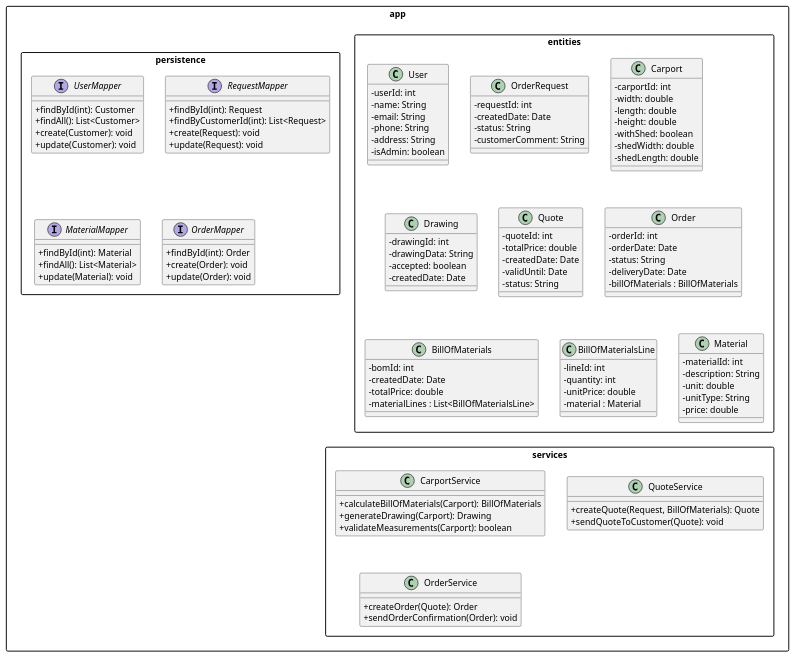
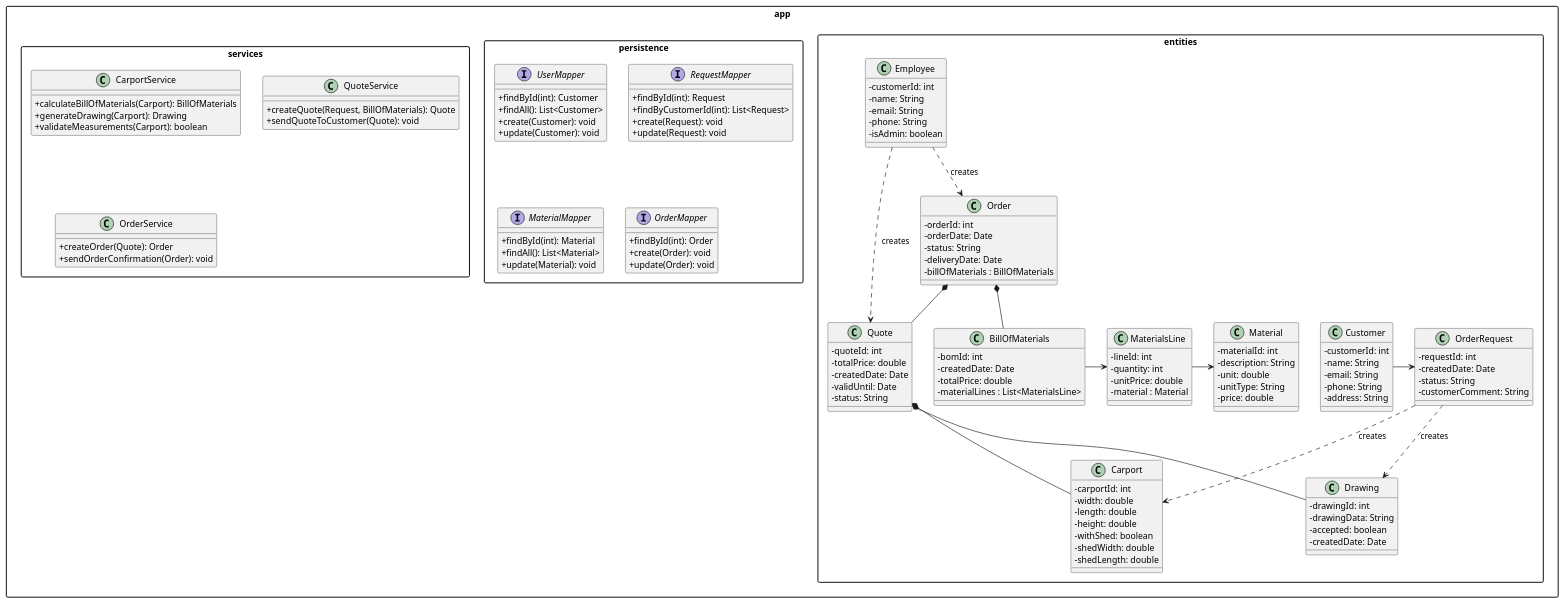
One commit to Obliwobbi/FogCarport changed the diagram in docs/domain-model.puml. Above: the diagram before and after it, drawn with PlantUML.

Commit message:
finilizad domain model

```diff
--- a/docs/domain-model.puml
+++ b/docs/domain-model.puml
@@ -1,126 +1,145 @@
 @startuml Domain Model
 skinparam classAttributeIconSize 0
 skinparam packageStyle rectangle
 
 package "app.entities" {
-    class User {
-        - userId: int
+    class Customer {
+        - customerId: int
         - name: String
         - email: String
         - phone: String
         - address: String
-        - isAdmin: boolean
+    }
+
+    class Employee {
+            - customerId: int
+            - name: String
+            - email: String
+            - phone: String
+            - isAdmin: boolean
     }
 
     class OrderRequest {
         - requestId: int
         - createdDate: Date
         - status: String
         - customerComment: String
     }
 
     class Carport {
         - carportId: int
         - width: double
         - length: double
         - height: double
         - withShed: boolean
         - shedWidth: double
         - shedLength: double
     }
 
     class Drawing {
         - drawingId: int
         - drawingData: String
         - accepted: boolean
         - createdDate: Date
     }
 
     class Quote {
         - quoteId: int
         - totalPrice: double
         - createdDate: Date
         - validUntil: Date
         - status: String
     }
 
     class Order {
         - orderId: int
         - orderDate: Date
         - status: String
         - deliveryDate: Date
         - billOfMaterials : BillOfMaterials
     }
 
     class BillOfMaterials {
         - bomId: int
         - createdDate: Date
         - totalPrice: double
-        - materialLines : List<BillOfMaterialsLine>
+        - materialLines : List<MaterialsLine>
     }
 
-    class BillOfMaterialsLine {
+    class MaterialsLine {
         - lineId: int
         - quantity: int
         - unitPrice: double
         - material : Material
     }
 
     class Material {
         - materialId: int
         - description: String
         - unit: double
         - unitType: String
         - price: double
     }
 }
 
 package "app.persistence" {
     interface UserMapper {
         + findById(int): Customer
         + findAll(): List<Customer>
         + create(Customer): void
         + update(Customer): void
     }
 
     interface RequestMapper {
         + findById(int): Request
         + findByCustomerId(int): List<Request>
         + create(Request): void
         + update(Request): void
     }
 
     interface MaterialMapper {
         + findById(int): Material
         + findAll(): List<Material>
         + update(Material): void
     }
 
     interface OrderMapper {
         + findById(int): Order
         + create(Order): void
         + update(Order): void
     }
 }
 
 package "app.services" {
     class CarportService {
         + calculateBillOfMaterials(Carport): BillOfMaterials
         + generateDrawing(Carport): Drawing
         + validateMeasurements(Carport): boolean
     }
 
     class QuoteService {
         + createQuote(Request, BillOfMaterials): Quote
         + sendQuoteToCustomer(Quote): void
     }
 
     class OrderService {
         + createOrder(Quote): Order
         + sendOrderConfirmation(Order): void
     }
 }
 
+Customer -> OrderRequest
+OrderRequest ..> Drawing : creates
+OrderRequest ..> Carport : creates
 
+BillOfMaterials -> MaterialsLine
+MaterialsLine -> Material
 
+Employee ..> Quote : creates
+Employee ..> Order : creates
+
+Order *-- Quote
+Order *-- BillOfMaterials
+Quote *-- Drawing
+Quote *-- Carport
 @enduml
```
